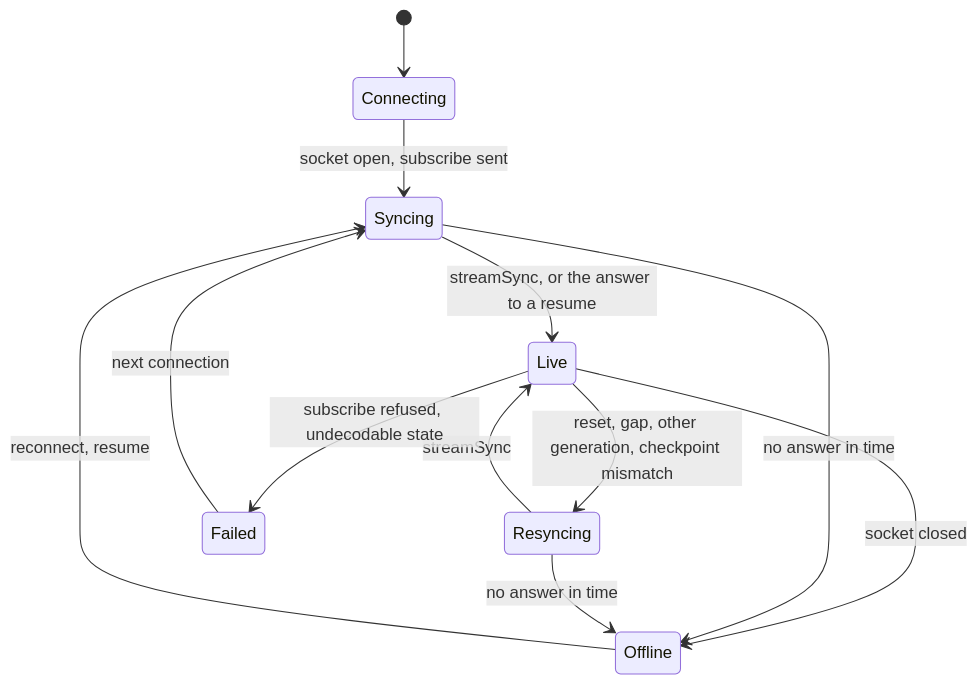
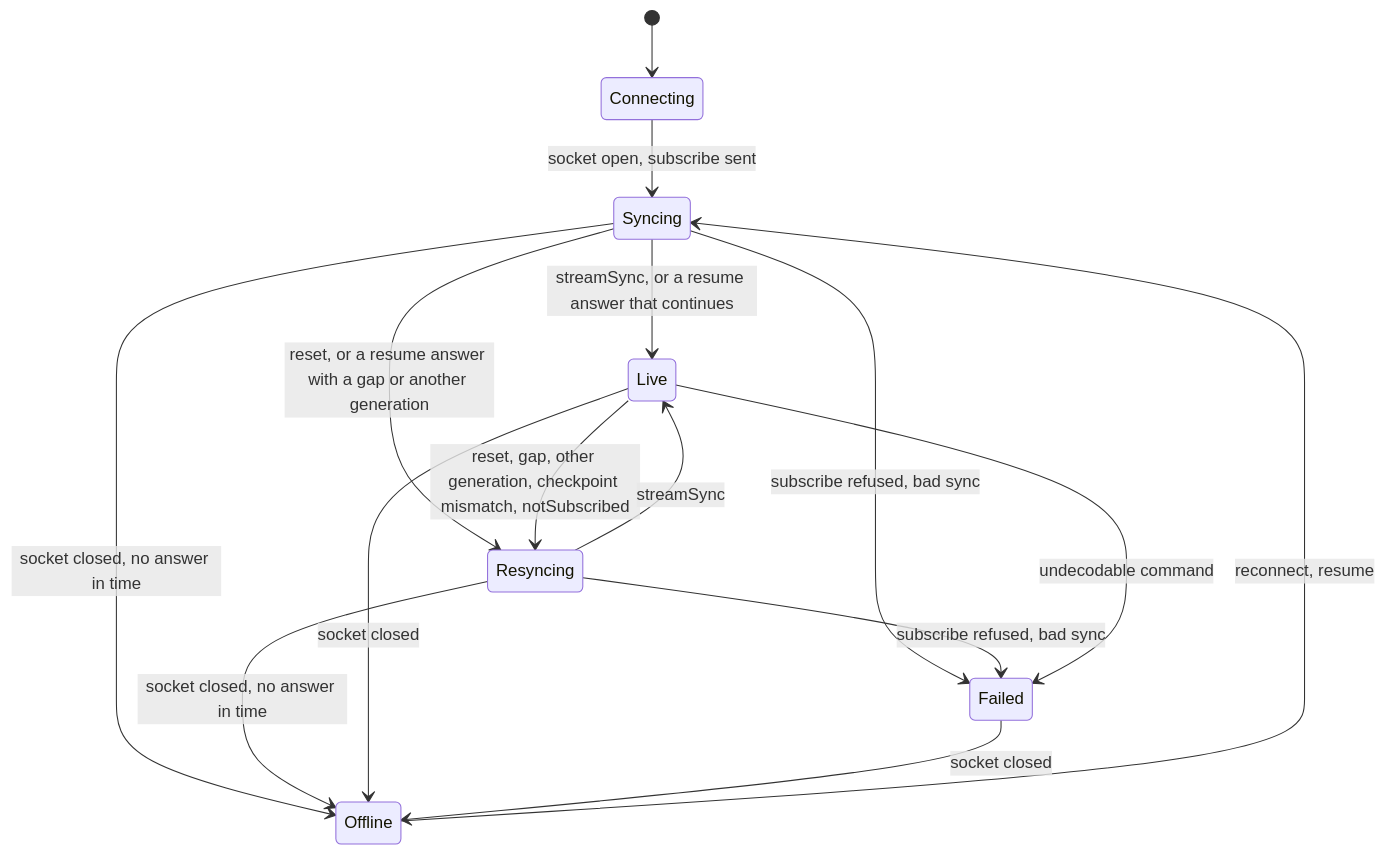
Diagram 12 of 12 in docs/services/builder/hub.md (gzp79/shine-services), drawn with Mermaid before and after one commit. The commit also changed other lines of this file and 3 other files, not shown here.

````diff
--- a/docs/services/builder/hub.md
+++ b/docs/services/builder/hub.md
@@ -561,14 +564,17 @@
 ```mermaid
 stateDiagram-v2
     [*] --> Connecting
     Connecting --> Syncing: socket open, subscribe sent
-    Syncing --> Live: streamSync, or the answer to a resume
-    Live --> Resyncing: reset, gap, other generation, checkpoint mismatch
+    Syncing --> Live: streamSync, or a resume answer that continues
+    Syncing --> Resyncing: reset, or a resume answer with a gap or another generation
+    Live --> Resyncing: reset, gap, other generation, checkpoint mismatch, notSubscribed
     Resyncing --> Live: streamSync
+    Syncing --> Failed: subscribe refused, bad sync
+    Resyncing --> Failed: subscribe refused, bad sync
+    Live --> Failed: undecodable command
+    Syncing --> Offline: socket closed, no answer in time
+    Resyncing --> Offline: socket closed, no answer in time
     Live --> Offline: socket closed
-    Syncing --> Offline: no answer in time
-    Resyncing --> Offline: no answer in time
+    Failed --> Offline: socket closed
     Offline --> Syncing: reconnect, resume
-    Live --> Failed: subscribe refused, undecodable state
-    Failed --> Syncing: next connection
 ```
````
